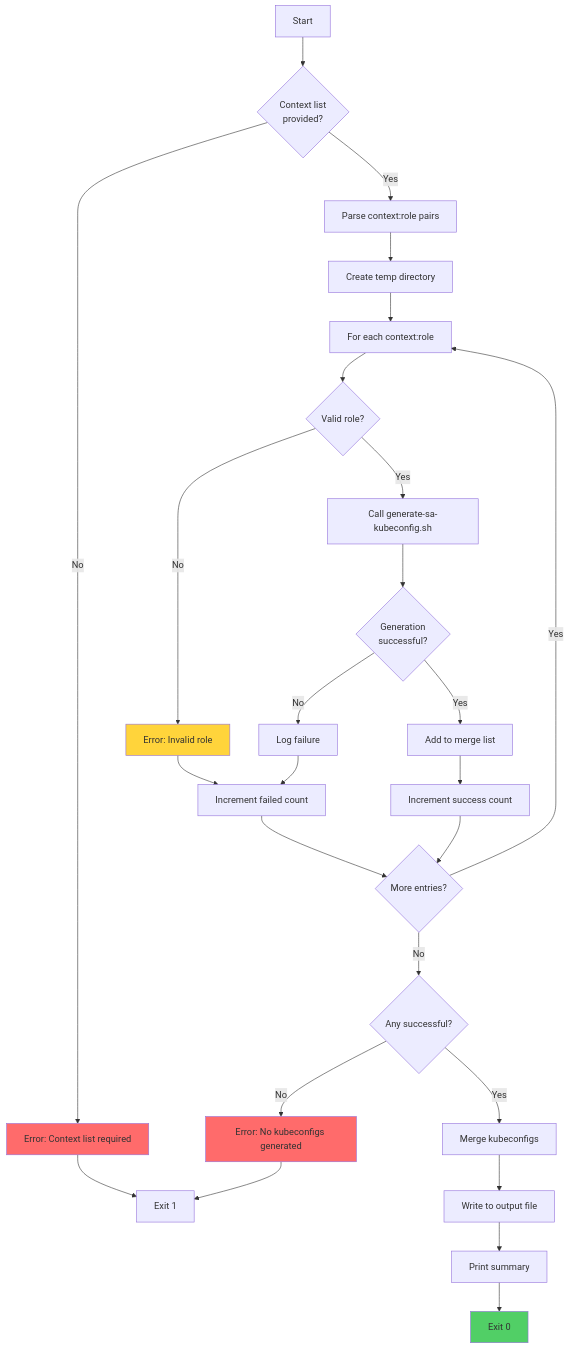
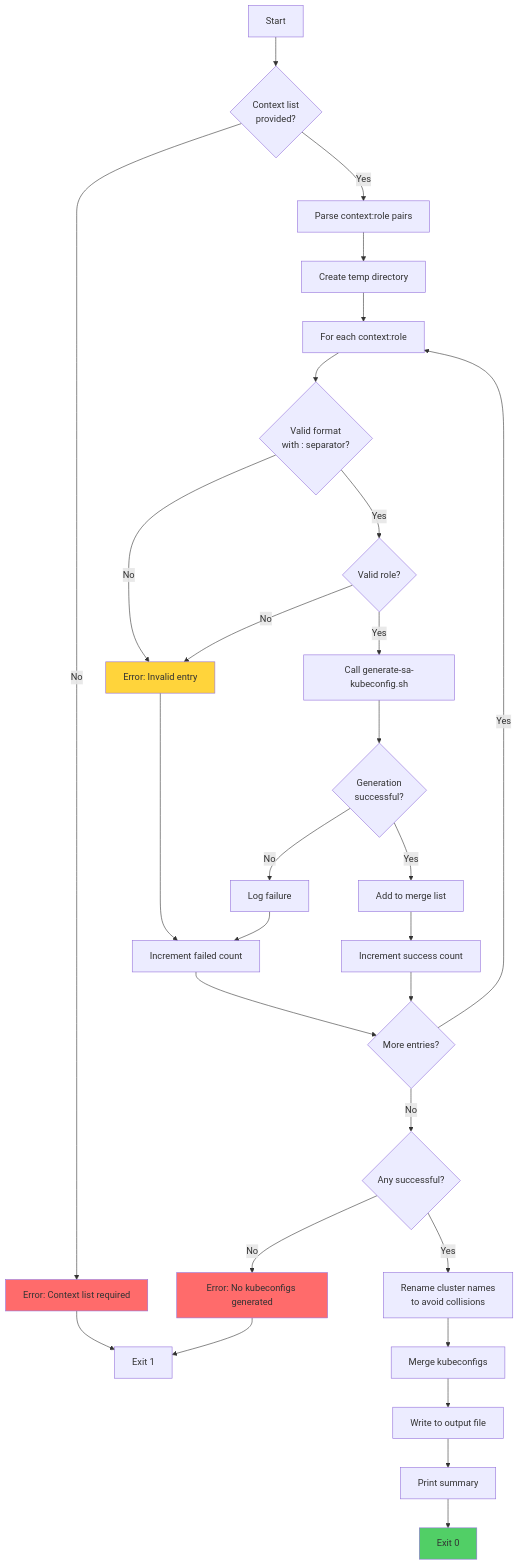
Before and after one commit to tomazb/rh-acm-switchover: the fourth of 6 diagrams in scripts/README.md, drawn with Mermaid. The commit also changed other lines of this file and 1 other file, not shown here.

Commit message:
fix(docs): correct Mermaid diagrams to match actual code behavior
- architecture.md: decommission branch now shows exit codes instead of
  Phase.COMPLETED/FAILED (decommission doesn't set state phases)
- architecture.md: split ArgoCD detection into CRD detection (inside
  preflight) and app impact report (after preflight) in sequence diagram
- scripts/README.md: add format validation and cluster rename step to
  merged kubeconfig generator flow
- scripts/README.md: reflect all three skip conditions (dry-run,
  skip-validation, skip-kubeconfig) in RBAC bootstrap flow

````diff
--- a/scripts/README.md
+++ b/scripts/README.md
@@ -805,33 +805,36 @@
 ```mermaid
 graph TD
     A[Start] --> B{Context list<br/>provided?}
     B -->|No| C[Error: Context list required]
     C --> D[Exit 1]
     B -->|Yes| E[Parse context:role pairs]
     E --> F[Create temp directory]
     F --> G[For each context:role]
-    G --> H{Valid role?}
-    H -->|No| I[Error: Invalid role]
+    G --> G2{Valid format<br/>with : separator?}
+    G2 -->|No| I[Error: Invalid entry]
+    G2 -->|Yes| H{Valid role?}
+    H -->|No| I
     I --> J[Increment failed count]
     H -->|Yes| K[Call generate-sa-kubeconfig.sh]
     K --> L{Generation<br/>successful?}
     L -->|No| M[Log failure]
     M --> J
     L -->|Yes| N[Add to merge list]
     N --> O[Increment success count]
     J --> P{More entries?}
     O --> P
     P -->|Yes| G
     P -->|No| Q{Any successful?}
     Q -->|No| R[Error: No kubeconfigs generated]
     R --> D
-    Q -->|Yes| S[Merge kubeconfigs]
-    S --> T[Write to output file]
+    Q -->|Yes| S[Rename cluster names<br/>to avoid collisions]
+    S --> S2[Merge kubeconfigs]
+    S2 --> T[Write to output file]
     T --> U[Print summary]
     U --> V[Exit 0]
     
     style C fill:#ff6b6b
     style I fill:#ffd43b
     style R fill:#ff6b6b
     style V fill:#51cf66
 ```
````
